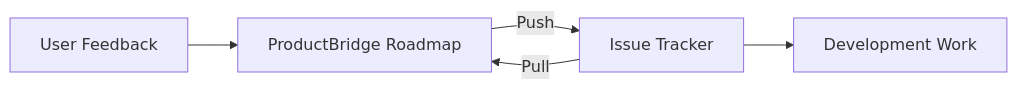
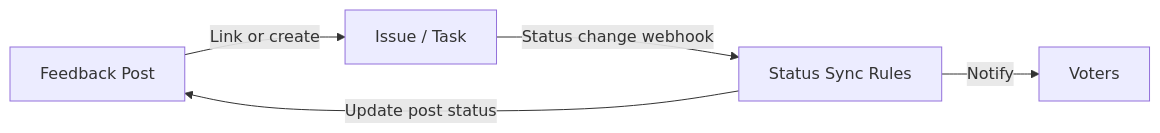
Before and after one commit to hvemasan/documentationai-starter-kit: the diagram in integrations/project-management.mdx, drawn with Mermaid. The commit also changed other lines of this file and 96 other files, not shown here.

````diff
--- a/integrations/project-management.mdx
+++ b/integrations/project-management.mdx
@@ -25,7 +28,7 @@
 ```mermaid
 graph LR
-    A[ProductBridge Roadmap] -->|Push| B[Issue Tracker]
-    B -->|Pull| A
-    C[User Feedback] --> A
-    B --> D[Development Work]
+    A[Feedback Post] -->|Link or create| B[Issue / Task]
+    B -->|Status change webhook| C[Status Sync Rules]
+    C -->|Update post status| A
+    C -->|Notify| D[Voters]
 ```
````
